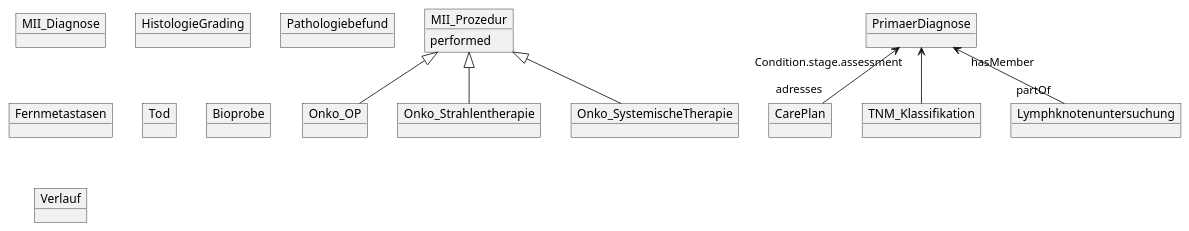
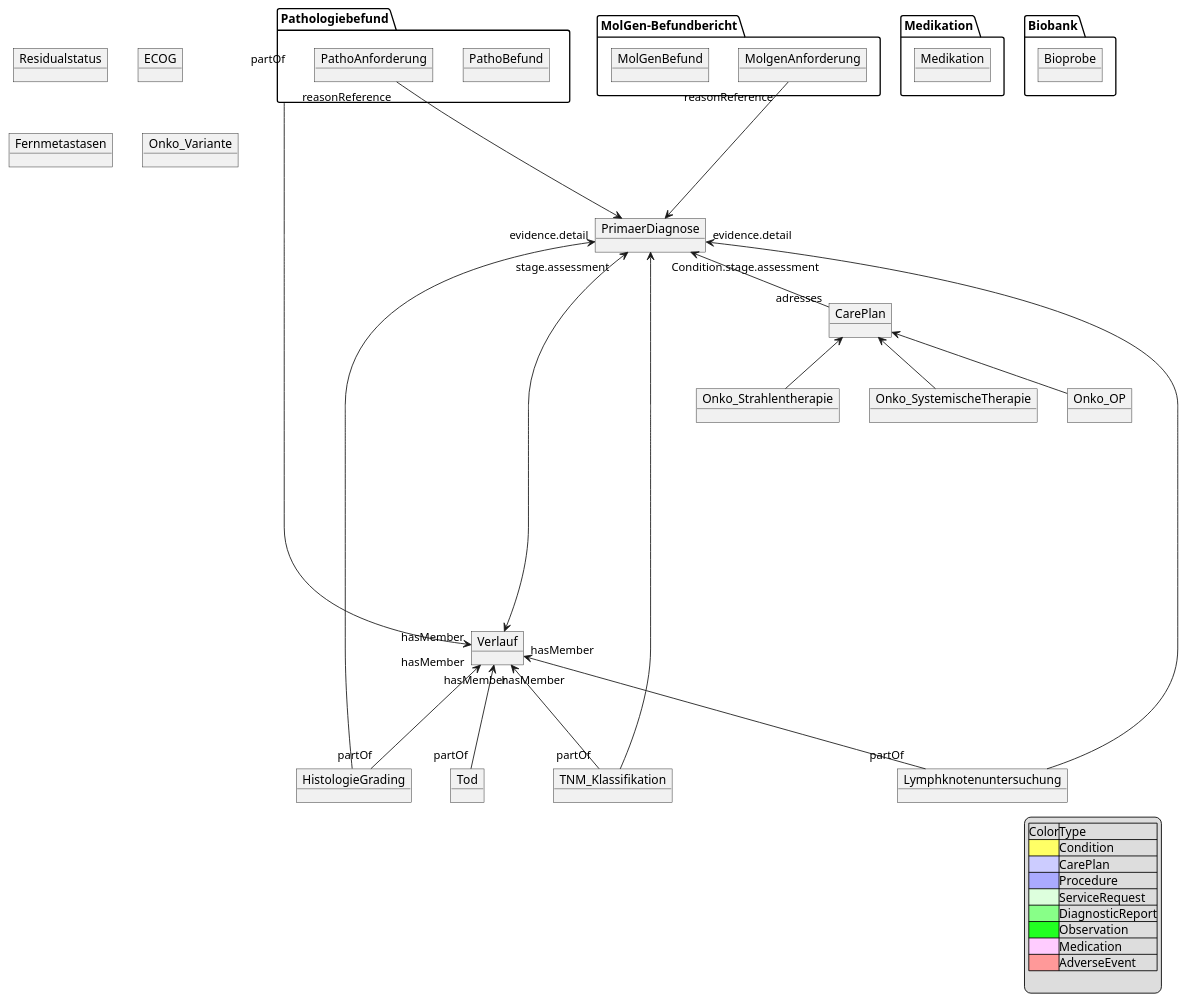
The diagram in information_model/MII_Onko_UML.pu (medizininformatik-initiative/kerndatensatzmodul-onkologie), drawn with PlantUML before and after one commit.

Commit message:
added uml diagram info

```diff
--- a/information_model/MII_Onko_UML.pu
+++ b/information_model/MII_Onko_UML.pu
@@ -1,26 +1,65 @@
 @startuml MII KDS Erweiterungsmodul Onkologie
-object MII_Prozedur
-MII_Prozedur : performed 
-object MII_Diagnose
 object Onko_OP
 object Onko_Strahlentherapie 
 object Onko_SystemischeTherapie
-MII_Prozedur <|-- Onko_OP
-MII_Prozedur <|-- Onko_Strahlentherapie
-MII_Prozedur <|-- Onko_SystemischeTherapie
 object CarePlan
+
+CarePlan <-- Onko_OP
+CarePlan <-- Onko_Strahlentherapie
+CarePlan <-- Onko_SystemischeTherapie
 object PrimaerDiagnose
 object TNM_Klassifikation
-PrimaerDiagnose "Condition.stage.assessment"<-- TNM_Klassifikation
+PrimaerDiagnose "Condition.stage.assessment"<--- TNM_Klassifikation
 PrimaerDiagnose <-- "adresses" CarePlan
 object Lymphknotenuntersuchung
-PrimaerDiagnose "hasMember"<--"partOf" Lymphknotenuntersuchung
+PrimaerDiagnose "evidence.detail" <--- Lymphknotenuntersuchung
 object HistologieGrading
-object Pathologiebefund 
+PrimaerDiagnose "evidence.detail" <--- HistologieGrading
+
+object Residualstatus
+object ECOG
 object Fernmetastasen
-object Tod
-object Bioprobe 
-object Verlauf 
+object Tod 
+object Verlauf
+PrimaerDiagnose "stage.assessment" <------->  Verlauf 
+Verlauf "hasMember"<---"partOf" Tod
+Verlauf "hasMember" <--- "partOf" TNM_Klassifikation
+Verlauf "hasMember"<--- "partOf" Lymphknotenuntersuchung
+Verlauf "hasMember"<--- "partOf" HistologieGrading
+Verlauf "hasMember"<--- "partOf" Pathologiebefund
+package "Pathologiebefund" {
+    object PathoBefund
+    object PathoAnforderung
+
+}
+package "MolGen-Befundbericht" {
+    object MolgenAnforderung
+    object MolGenBefund
+}
+PathoAnforderung "reasonReference" ---> PrimaerDiagnose
+MolgenAnforderung "reasonReference" ---> PrimaerDiagnose
+object Onko_Variante
+package "Medikation" {
+    object Medikation
+}
+package "Biobank" {
+    object Bioprobe 
+}
+
+legend right 
+|Color|Type|
+|<#FFFF66>|Condition|
+|<#CCCCFF>|CarePlan|
+|<#AAAAFF>|Procedure|
+|<#DDFFDD>|ServiceRequest|
+|<#88FF88>|DiagnosticReport|
+|<#22FF22>|Observation|
+|<#FFCCFF>|Medication|
+|<#FF9999>|AdverseEvent|
+
+endlegend
+
+
 
 
 @enduml
```
